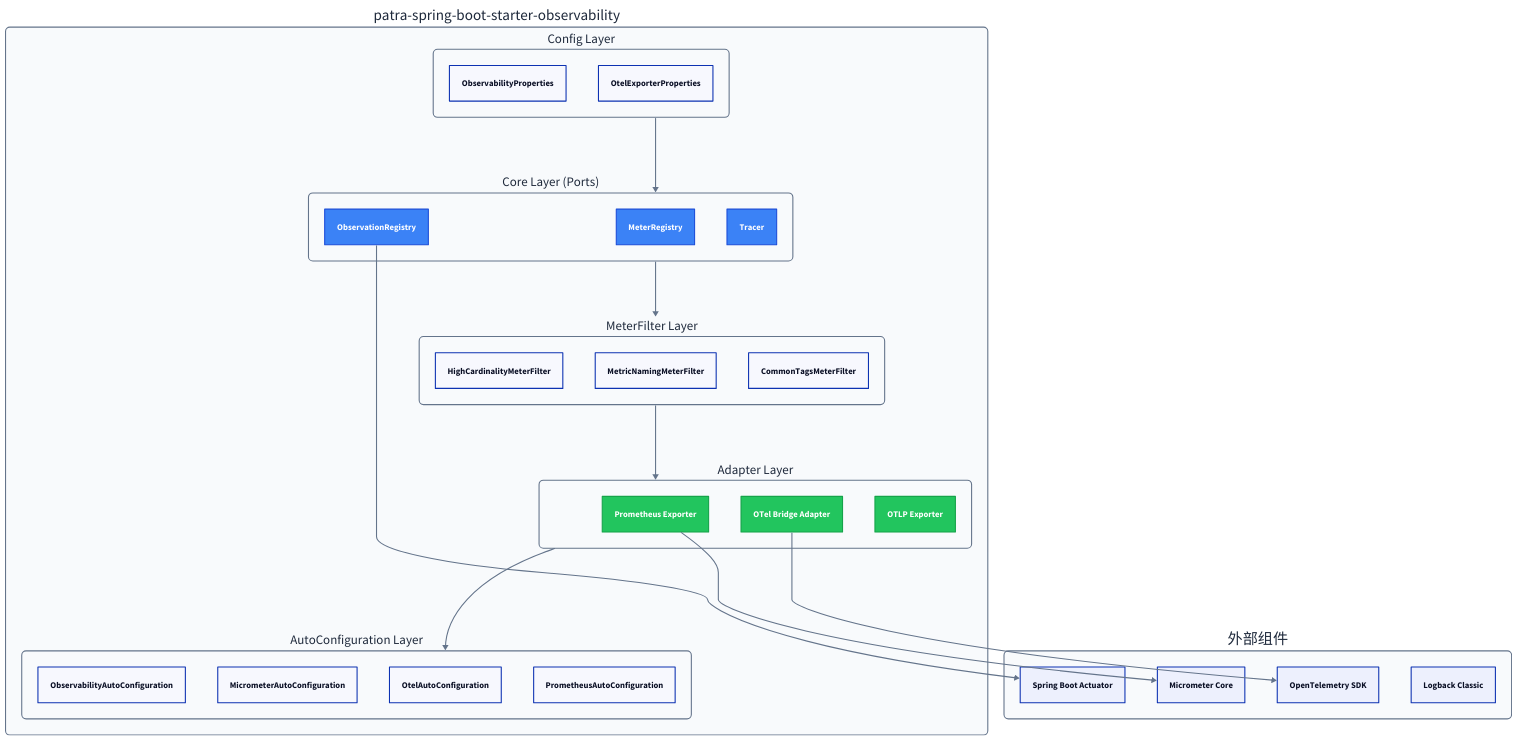
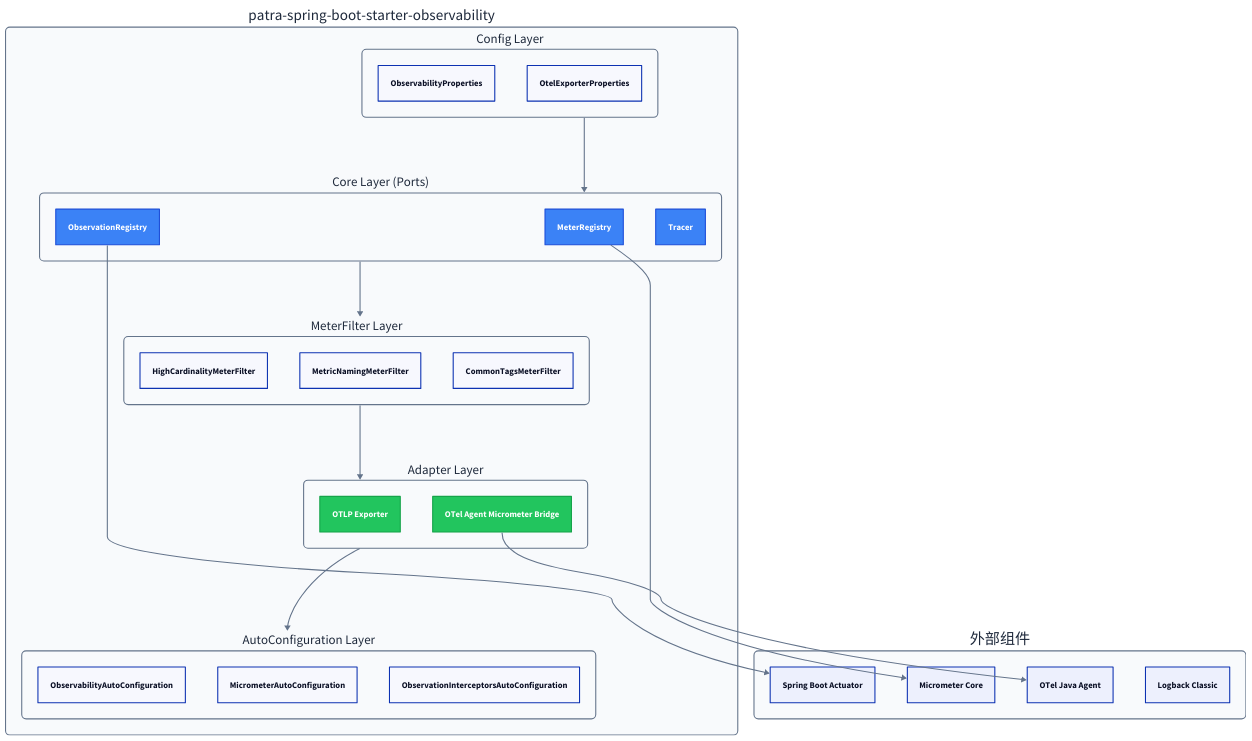
One commit to linqibin0826/patra changed the fifth of 6 diagrams in patra-api/docs/designs/observability/02-architecture.md. Above: the diagram before and after it, drawn with D2. The commit also changed other lines of this file and 6 other files, not shown here.

First line of the commit message:
docs(observability): 更新文档反映 OTel Agent Micrometer Bridge 架构

````diff
--- a/patra-api/docs/designs/observability/02-architecture.md
+++ b/patra-api/docs/designs/observability/02-architecture.md
@@ -393,8 +393,7 @@
   adapter: Adapter Layer {
     class: layer
 
-    otel_bridge: OTel Bridge Adapter {class: adapter}
-    prometheus_exp: Prometheus Exporter {class: adapter}
+    otel_bridge: OTel Agent Micrometer Bridge {class: adapter}
     otlp_exp: OTLP Exporter {class: adapter}
   }
 
@@ -404,8 +403,7 @@
 
     obs_auto: ObservabilityAutoConfiguration
     meter_auto: MicrometerAutoConfiguration
-    otel_auto: OtelAutoConfiguration
-    prom_auto: PrometheusAutoConfiguration
+    interceptor_auto: ObservationInterceptorsAutoConfiguration
   }
 
   # 依赖关系
@@ -421,11 +419,11 @@
 
   spring: Spring Boot Actuator
   micrometer: Micrometer Core
-  otel_sdk: OpenTelemetry SDK
+  otel_agent: OTel Java Agent
   logback: Logback Classic
 }
 
-starter.adapter.otel_bridge -> external.otel_sdk: {style.stroke: "#64748b"; style.stroke-width: 2}
-starter.adapter.prometheus_exp -> external.micrometer: {style.stroke: "#64748b"; style.stroke-width: 2}
+starter.adapter.otel_bridge -> external.otel_agent: {style.stroke: "#64748b"; style.stroke-width: 2}
 starter.core.observation -> external.spring: {style.stroke: "#64748b"; style.stroke-width: 2}
+starter.core.meter -> external.micrometer: {style.stroke: "#64748b"; style.stroke-width: 2}
 ```
````
